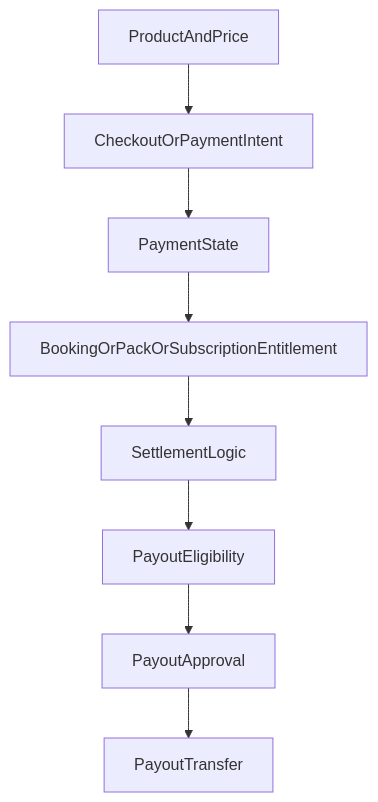
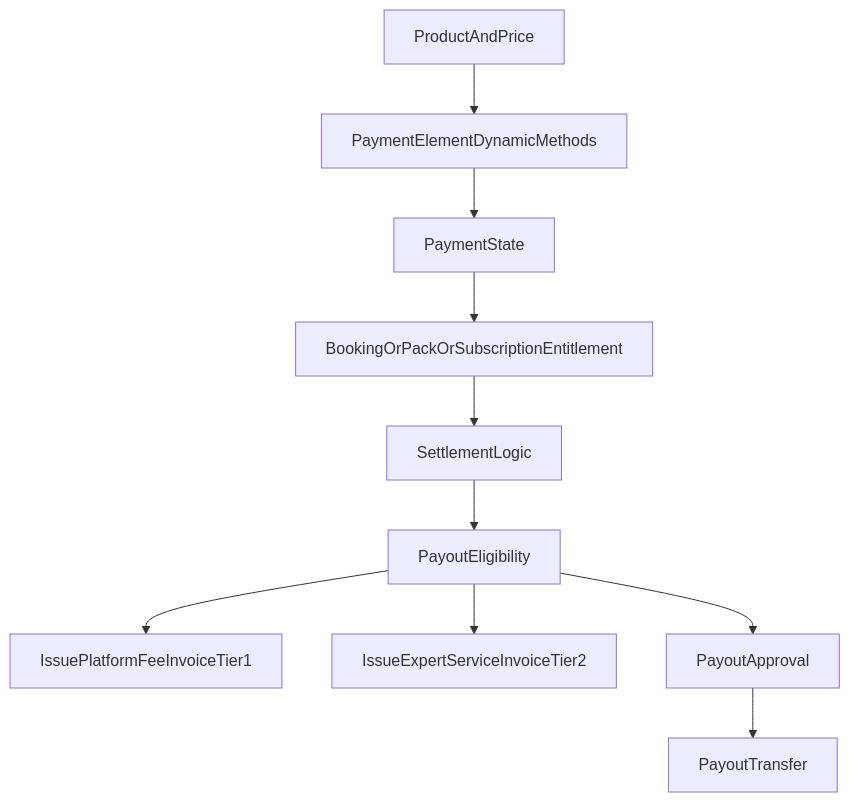
The first of 2 diagrams in docs/eleva-v3/payments-payouts-spec.md (rodrigobarona/elevacare-monorepo), drawn with Mermaid before and after one commit. The commit also changed other lines of this file and 22 other files, not shown here.

````diff
--- a/docs/eleva-v3/payments-payouts-spec.md
+++ b/docs/eleva-v3/payments-payouts-spec.md
@@ -175,10 +220,12 @@
 ```mermaid
 flowchart TD
-    product[ProductAndPrice] --> checkout[CheckoutOrPaymentIntent]
+    product[ProductAndPrice] --> checkout[PaymentElementDynamicMethods]
     checkout --> payment[PaymentState]
     payment --> entitlement[BookingOrPackOrSubscriptionEntitlement]
     entitlement --> settlement[SettlementLogic]
     settlement --> payoutEligible[PayoutEligibility]
+    payoutEligible --> invoice1[IssuePlatformFeeInvoiceTier1]
+    payoutEligible --> invoice2[IssueExpertServiceInvoiceTier2]
     payoutEligible --> payoutApproved[PayoutApproval]
     payoutApproved --> payoutTransfer[PayoutTransfer]
 ```
````
